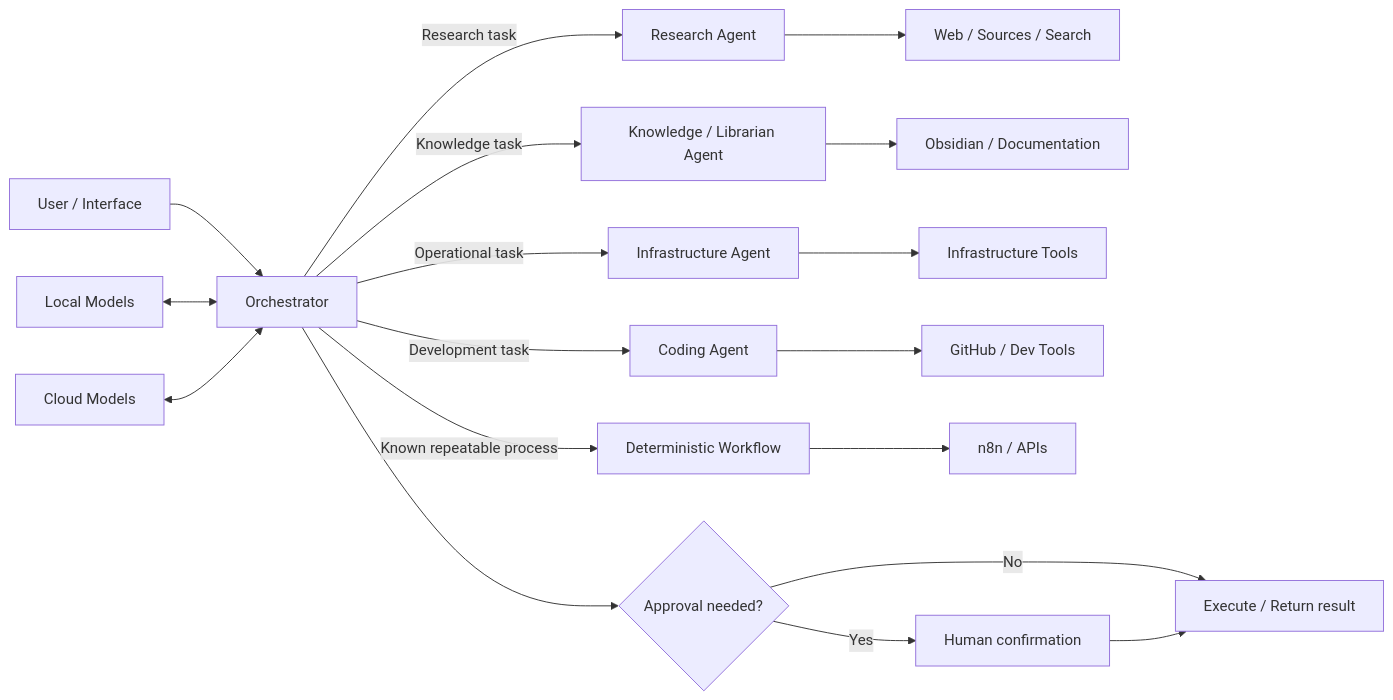
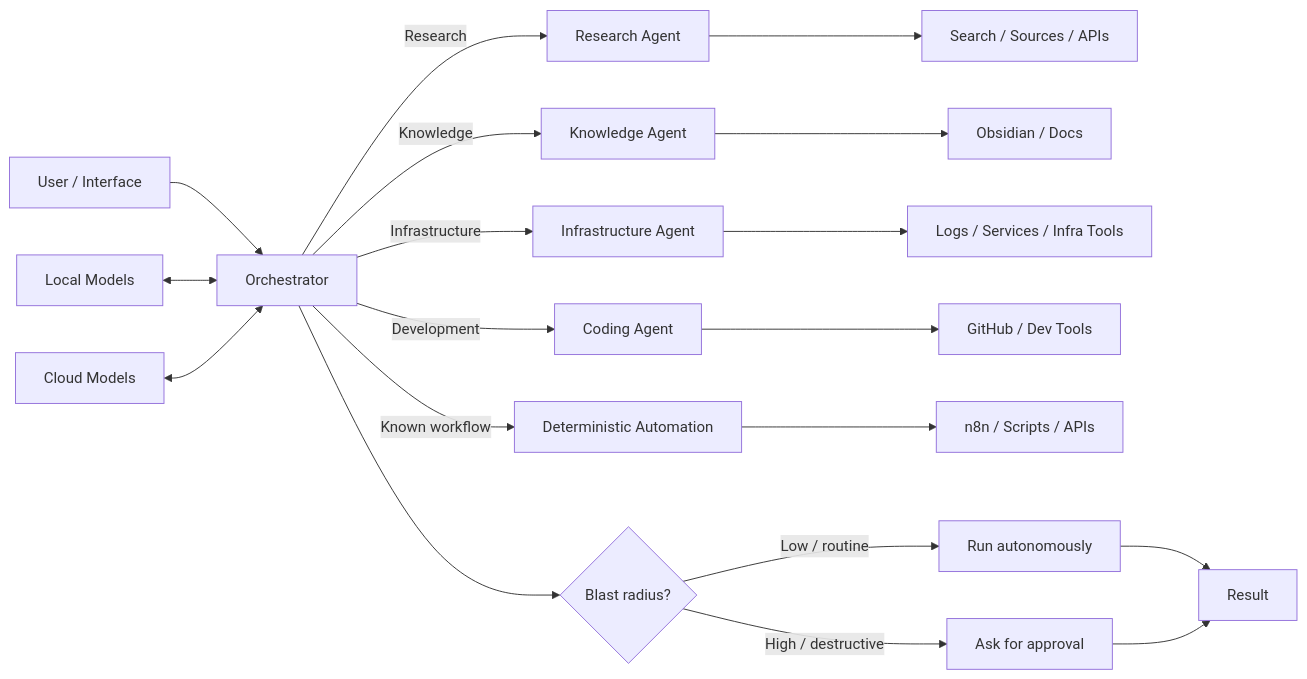
One commit to p0ki/personal-ai-infrastructure changed the first of 2 diagrams in ARCHITECTURE.md. Above: the diagram before and after it, drawn with Mermaid. The commit also changed other lines of this file, not shown here.

Commit message:
docs: clarify autonomous agent architecture

````diff
--- a/ARCHITECTURE.md
+++ b/ARCHITECTURE.md
@@ -19,24 +11,25 @@
 ```mermaid
 flowchart LR
     U[User / Interface] --> O[Orchestrator]
 
-    O -->|Research task| R[Research Agent]
-    O -->|Knowledge task| K[Knowledge / Librarian Agent]
-    O -->|Operational task| I[Infrastructure Agent]
-    O -->|Development task| C[Coding Agent]
-    O -->|Known repeatable process| D[Deterministic Workflow]
+    O -->|Research| R[Research Agent]
+    O -->|Knowledge| K[Knowledge Agent]
+    O -->|Infrastructure| I[Infrastructure Agent]
+    O -->|Development| C[Coding Agent]
+    O -->|Known workflow| D[Deterministic Automation]
 
-    R --> X[Web / Sources / Search]
-    K --> OB[Obsidian / Documentation]
-    I --> INF[Infrastructure Tools]
+    R --> S[Search / Sources / APIs]
+    K --> OB[Obsidian / Docs]
+    I --> INF[Logs / Services / Infra Tools]
     C --> GH[GitHub / Dev Tools]
-    D --> N8N[n8n / APIs]
+    D --> N[n8n / Scripts / APIs]
 
     LM[Local Models] <--> O
     CM[Cloud Models] <--> O
 
-    O --> A{Approval needed?}
-    A -->|Yes| H[Human confirmation]
-    A -->|No| E[Execute / Return result]
-    H --> E
+    O --> RISK{Blast radius?}
+    RISK -->|Low / routine| AUTO[Run autonomously]
+    RISK -->|High / destructive| APPROVE[Ask for approval]
+    AUTO --> RESULT[Result]
+    APPROVE --> RESULT
 ```
````
